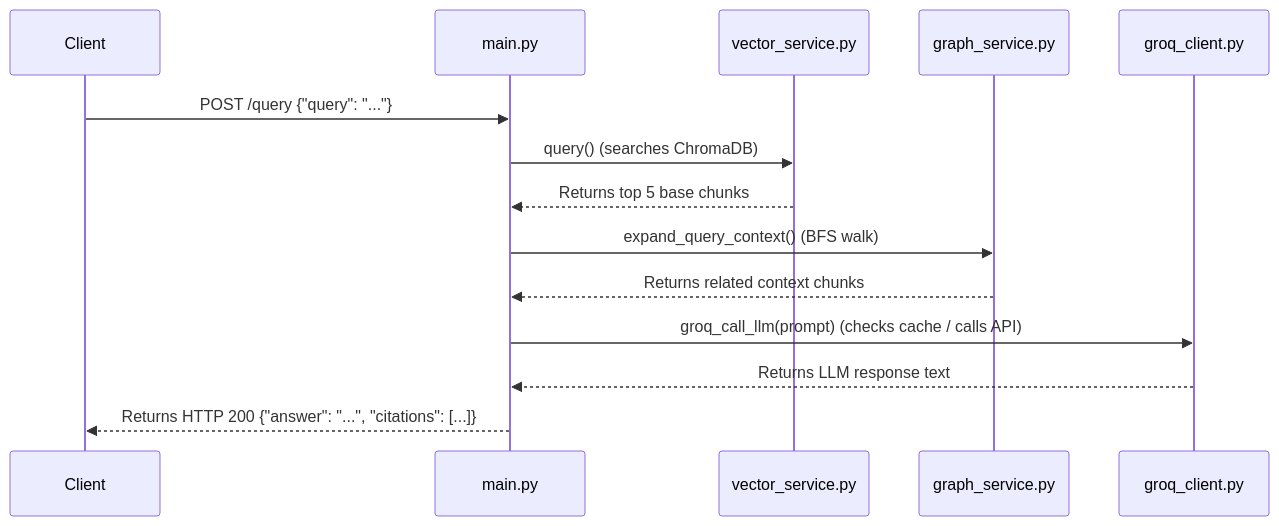
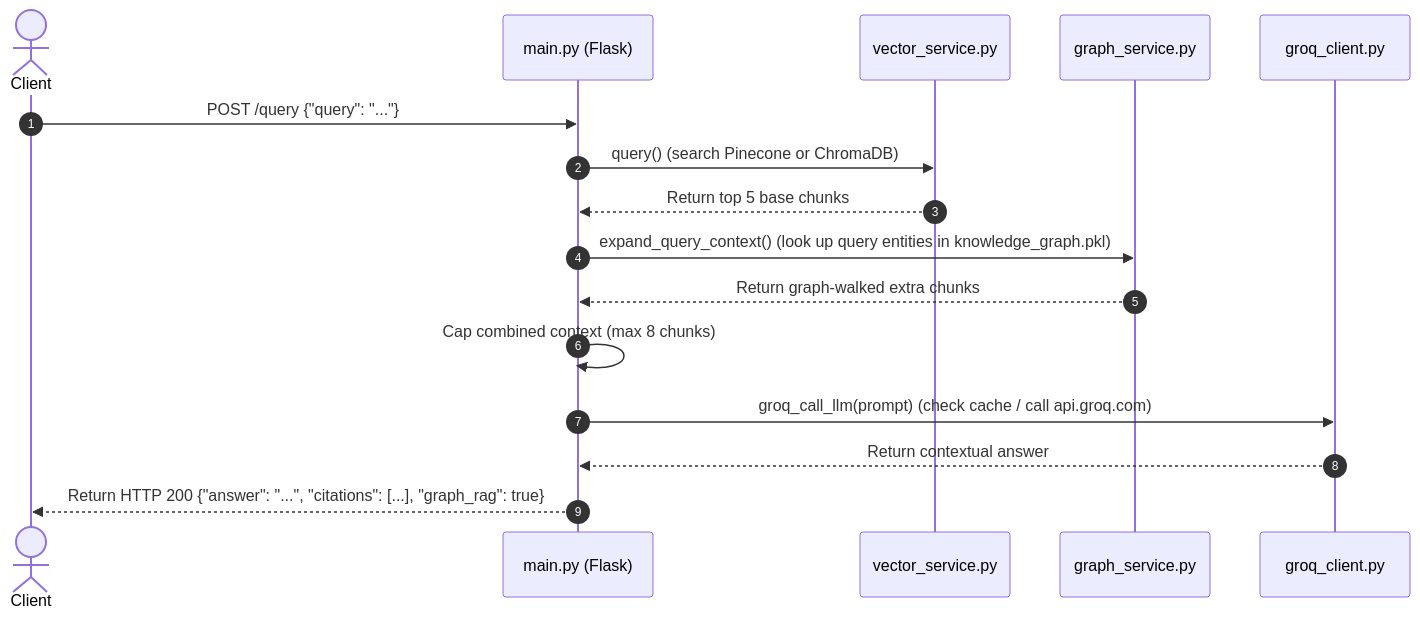
Before and after one commit to sakshamsaxena22/Semantic-Search-System: the third of 3 diagrams in docs/documentation.md, drawn with Mermaid. The commit also changed other lines of this file and 3 other files, not shown here.

Commit message:
Decreased Upload time by changing Groq Calls

````diff
--- a/docs/documentation.md
+++ b/docs/documentation.md
@@ -177,11 +192,19 @@
 ```mermaid
 sequenceDiagram
-    Client->>main.py: POST /query {"query": "..."}
-    main.py->>vector_service.py: query() (searches ChromaDB)
-    vector_service.py-->>main.py: Returns top 5 base chunks
-    main.py->>graph_service.py: expand_query_context() (BFS walk)
-    graph_service.py-->>main.py: Returns related context chunks
-    main.py->>groq_client.py: groq_call_llm(prompt) (checks cache / calls API)
-    groq_client.py-->>main.py: Returns LLM response text
-    main.py-->>Client: Returns HTTP 200 {"answer": "...", "citations": [...]}
+    autonumber
+    actor Client
+    participant Flask as main.py (Flask)
+    participant Vector as vector_service.py
+    participant Graph as graph_service.py
+    participant Groq as groq_client.py
+
+    Client->>Flask: POST /query {"query": "..."}
+    Flask->>Vector: query() (search Pinecone or ChromaDB)
+    Vector-->>Flask: Return top 5 base chunks
+    Flask->>Graph: expand_query_context() (look up query entities in knowledge_graph.pkl)
+    Graph-->>Flask: Return graph-walked extra chunks
+    Flask->>Flask: Cap combined context (max 8 chunks)
+    Flask->>Groq: groq_call_llm(prompt) (check cache / call api.groq.com)
+    Groq-->>Flask: Return contextual answer
+    Flask-->>Client: Return HTTP 200 {"answer": "...", "citations": [...], "graph_rag": true}
 ```
````
